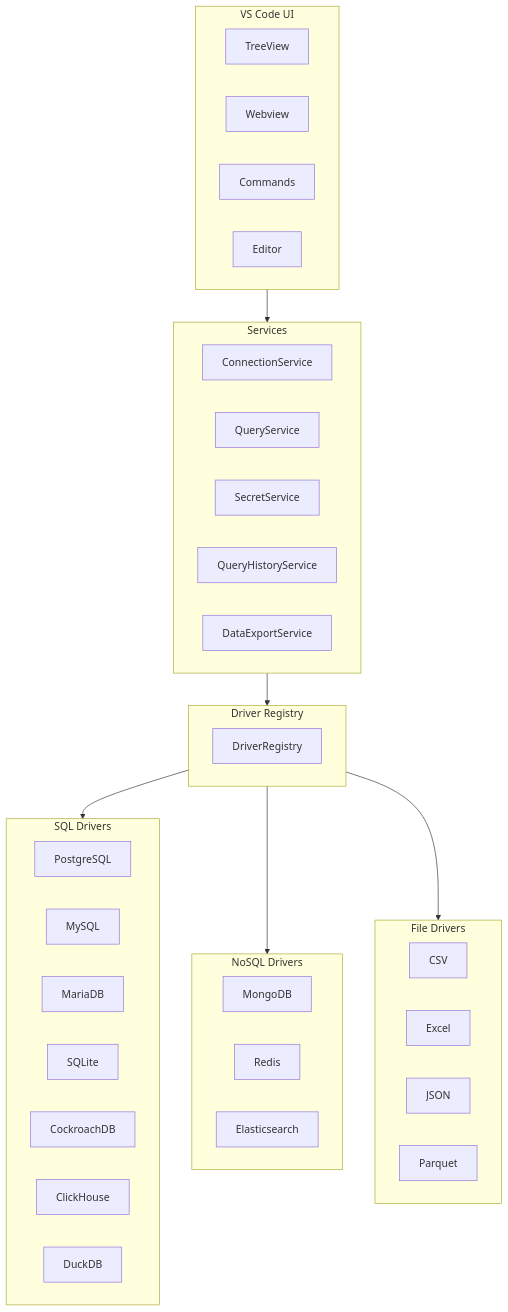
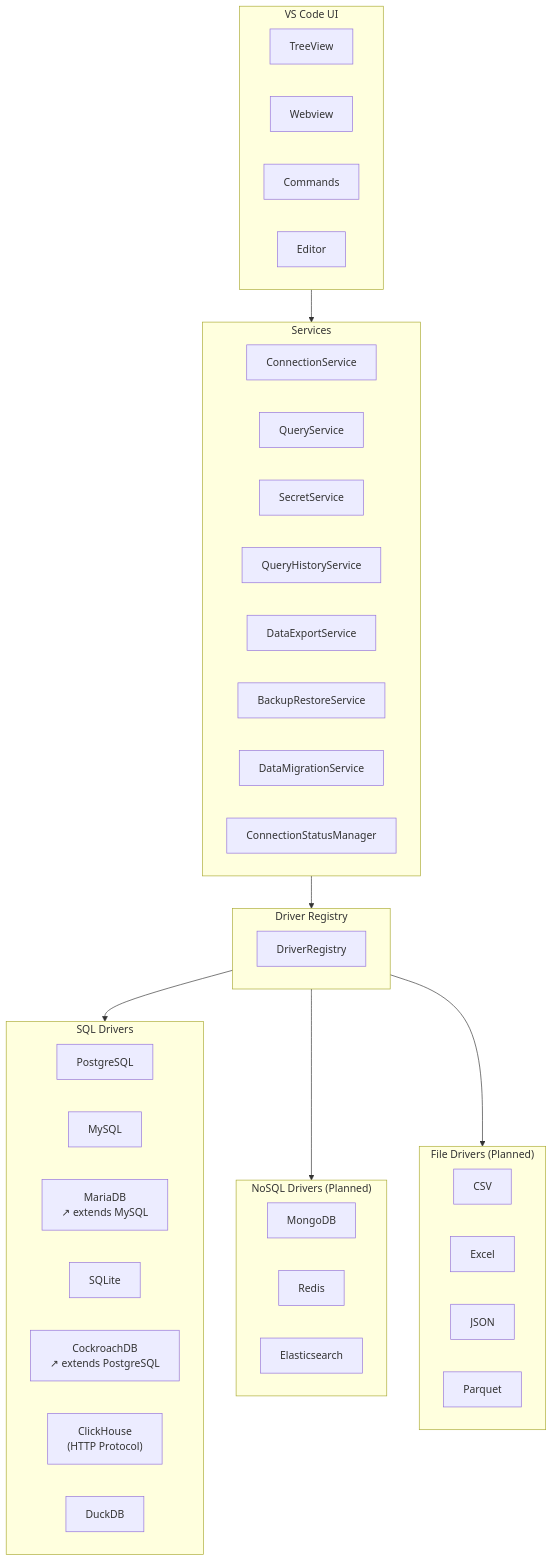
Before and after one commit to kamalyes/db-nexus: the first of 4 diagrams in docs/architecture.md, drawn with Mermaid. The commit also changed other lines of this file and 5 other files, not shown here.

````diff
--- a/docs/architecture.md
+++ b/docs/architecture.md
@@ -15,50 +16,53 @@
 ```mermaid
 flowchart TB
     subgraph UI["VS Code UI"]
         TreeView["TreeView"]
         Webview["Webview"]
         Commands["Commands"]
         Editor["Editor"]
     end
 
     subgraph Services["Services"]
         Connection["ConnectionService"]
         Query["QueryService"]
         Secret["SecretService"]
         History["QueryHistoryService"]
         Export["DataExportService"]
+        Backup["BackupRestoreService"]
+        Migration["DataMigrationService"]
+        Status["ConnectionStatusManager"]
     end
 
     subgraph Registry["Driver Registry"]
         DriverReg["DriverRegistry"]
     end
 
     subgraph SQL["SQL Drivers"]
         PG["PostgreSQL"]
         MySQL["MySQL"]
-        MariaDB["MariaDB"]
+        MariaDB["MariaDB\n↗ extends MySQL"]
         SQLite["SQLite"]
-        Cockroach["CockroachDB"]
-        ClickHouse["ClickHouse"]
+        Cockroach["CockroachDB\n↗ extends PostgreSQL"]
+        ClickHouse["ClickHouse\n(HTTP Protocol)"]
         DuckDB["DuckDB"]
     end
 
-    subgraph NoSQL["NoSQL Drivers"]
+    subgraph NoSQL["NoSQL Drivers (Planned)"]
         Mongo["MongoDB"]
         Redis["Redis"]
         ES["Elasticsearch"]
     end
 
-    subgraph File["File Drivers"]
+    subgraph File["File Drivers (Planned)"]
         CSV["CSV"]
         Excel["Excel"]
         JSON["JSON"]
         Parquet["Parquet"]
     end
 
     UI --> Services
     Services --> Registry
     Registry --> SQL
     Registry --> NoSQL
     Registry --> File
 ```
````
